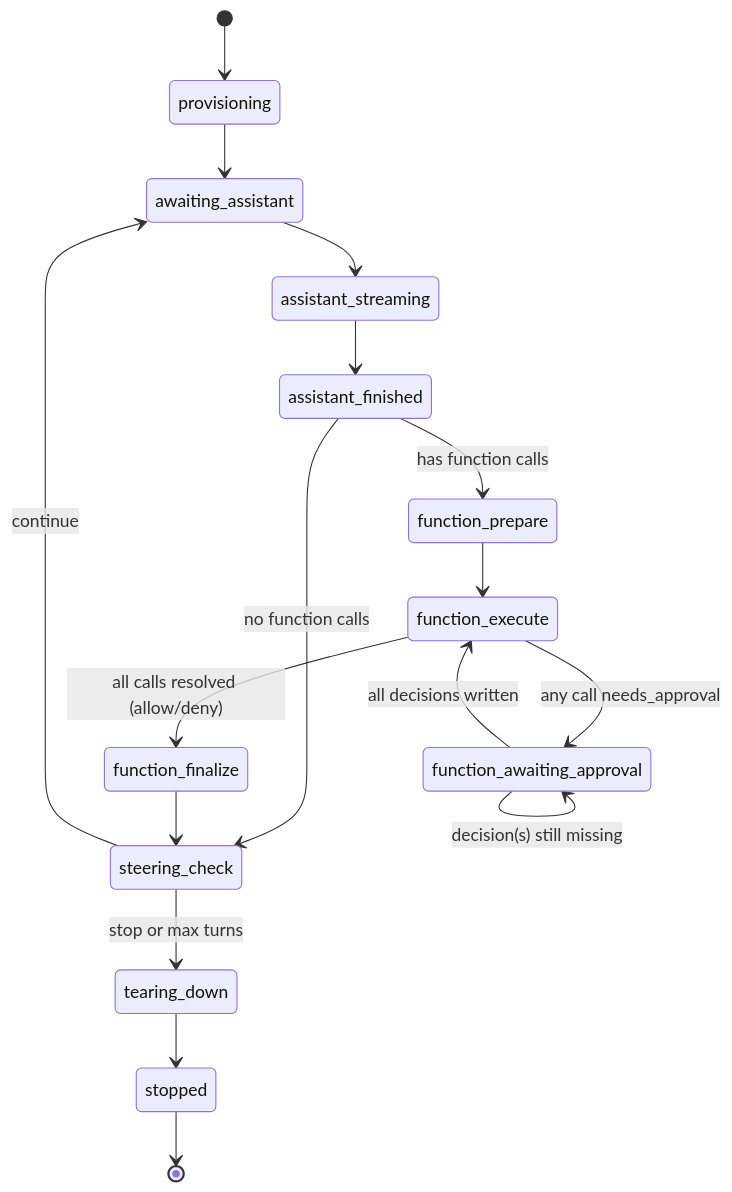
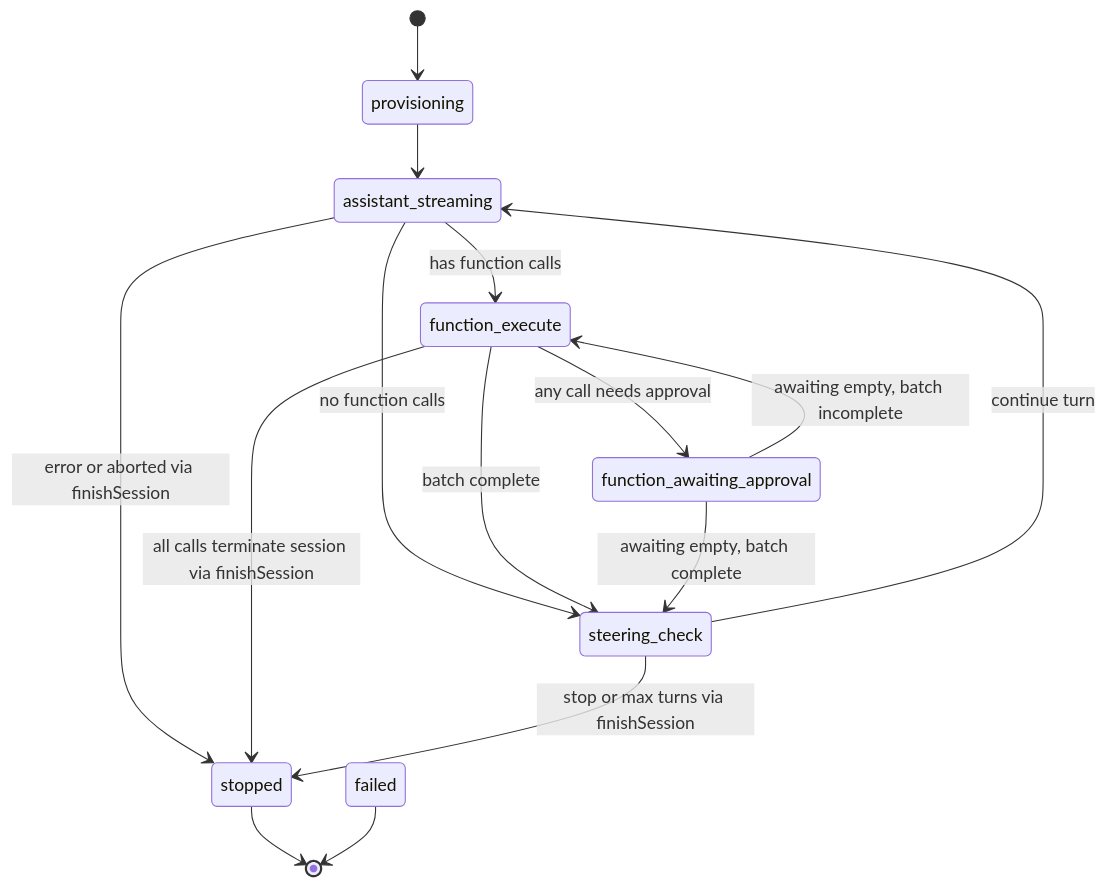
The second of 5 diagrams in harness/docs/architecture.md (iii-hq/workers), drawn with Mermaid before and after one commit. The commit also changed other lines of this file and 138 other files, not shown here.

First line of the commit message:
Turn-orchestrator: leaner durable FSM (reactive approval, finishSession teardown, readability) (#185)

````diff
--- a/harness/docs/architecture.md
+++ b/harness/docs/architecture.md
@@ -104,19 +104,17 @@
 ```mermaid
 stateDiagram-v2
   [*] --> provisioning
-  provisioning --> awaiting_assistant
-  awaiting_assistant --> assistant_streaming
-  assistant_streaming --> assistant_finished
-  assistant_finished --> function_prepare: has function calls
-  assistant_finished --> steering_check: no function calls
-  function_prepare --> function_execute
-  function_execute --> function_finalize: all calls resolved (allow/deny)
-  function_execute --> function_awaiting_approval: any call needs_approval
-  function_awaiting_approval --> function_awaiting_approval: decision(s) still missing
-  function_awaiting_approval --> function_execute: all decisions written
-  function_finalize --> steering_check
-  steering_check --> awaiting_assistant: continue
-  steering_check --> tearing_down: stop or max turns
-  tearing_down --> stopped
+  provisioning --> assistant_streaming
+  assistant_streaming --> function_execute: has function calls
+  assistant_streaming --> steering_check: no function calls
+  assistant_streaming --> stopped: error or aborted via finishSession
+  function_execute --> function_awaiting_approval: any call needs approval
+  function_execute --> steering_check: batch complete
+  function_execute --> stopped: all calls terminate session via finishSession
+  function_awaiting_approval --> function_execute: awaiting empty, batch incomplete
+  function_awaiting_approval --> steering_check: awaiting empty, batch complete
+  steering_check --> assistant_streaming: continue turn
+  steering_check --> stopped: stop or max turns via finishSession
   stopped --> [*]
+  failed --> [*]
 ```
````
